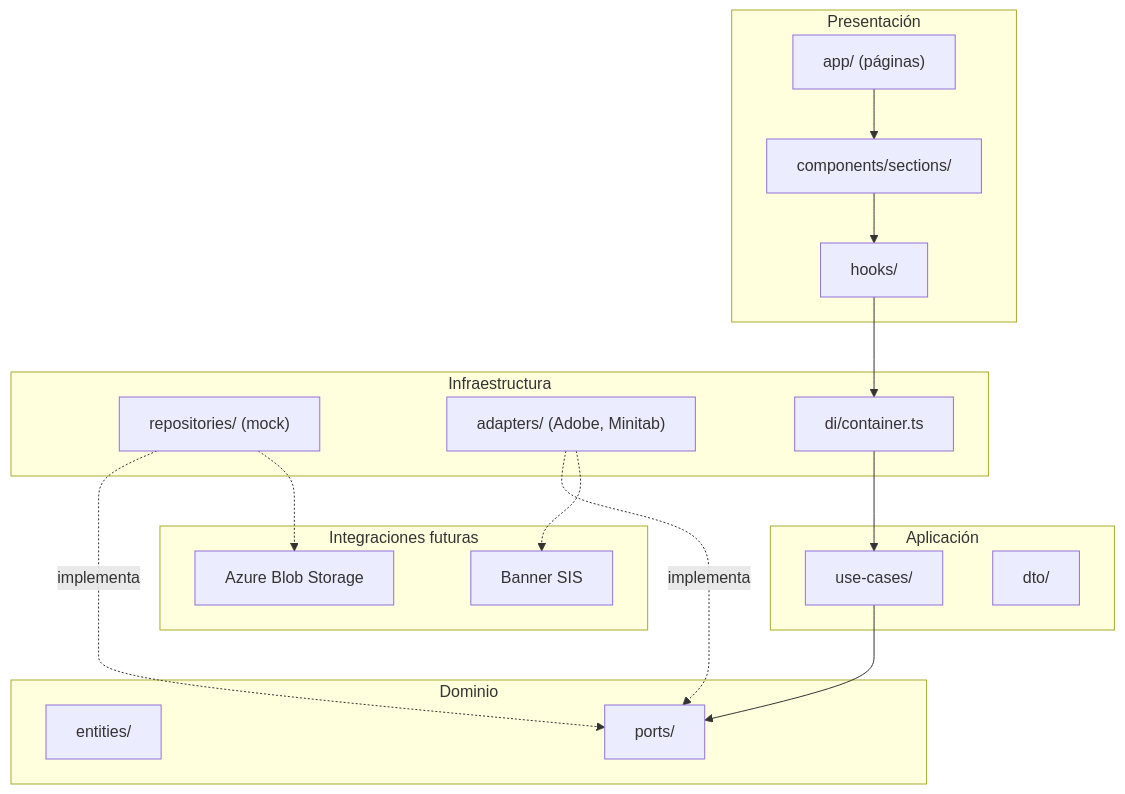
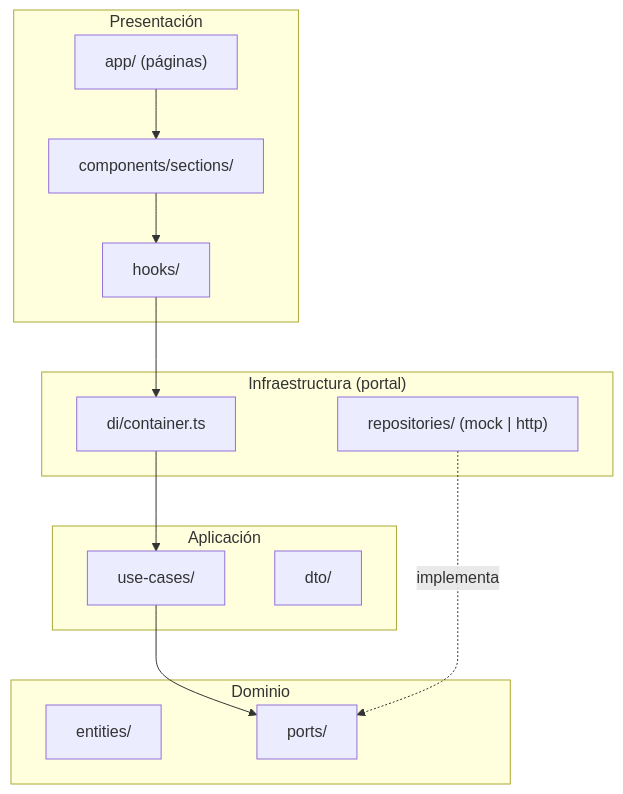
One commit to miguelgr716playful/AutomatizacionLicencias changed the first of 5 diagrams in docs/ARQUITECTURA.md. Above: the diagram before and after it, drawn with Mermaid. The commit also changed other lines of this file and 17 other files, not shown here.

````diff
--- a/docs/ARQUITECTURA.md
+++ b/docs/ARQUITECTURA.md
@@ -27,39 +29,30 @@
 ```mermaid
 flowchart TB
     subgraph Presentacion["Presentación"]
         Pages["app/ (páginas)"]
         Sections["components/sections/"]
         Hooks["hooks/"]
     end
 
     subgraph Aplicacion["Aplicación"]
         UseCases["use-cases/"]
         DTOs["dto/"]
     end
 
     subgraph Dominio["Dominio"]
         Entities["entities/"]
         Ports["ports/"]
     end
 
-    subgraph Infra["Infraestructura"]
-        Repos["repositories/ (mock)"]
-        Adapters["adapters/ (Adobe, Minitab)"]
+    subgraph Infra["Infraestructura (portal)"]
+        Repos["repositories/ (mock | http)"]
         DI["di/container.ts"]
-    end
-
-    subgraph Futuro["Integraciones futuras"]
-        Banner["Banner SIS"]
-        Azure["Azure Blob Storage"]
     end
 
     Pages --> Sections
     Sections --> Hooks
     Hooks --> DI
     DI --> UseCases
     UseCases --> Ports
     Repos -.->|implementa| Ports
-    Adapters -.->|implementa| Ports
-    Repos -.-> Azure
-    Adapters -.-> Banner
 ```
````
